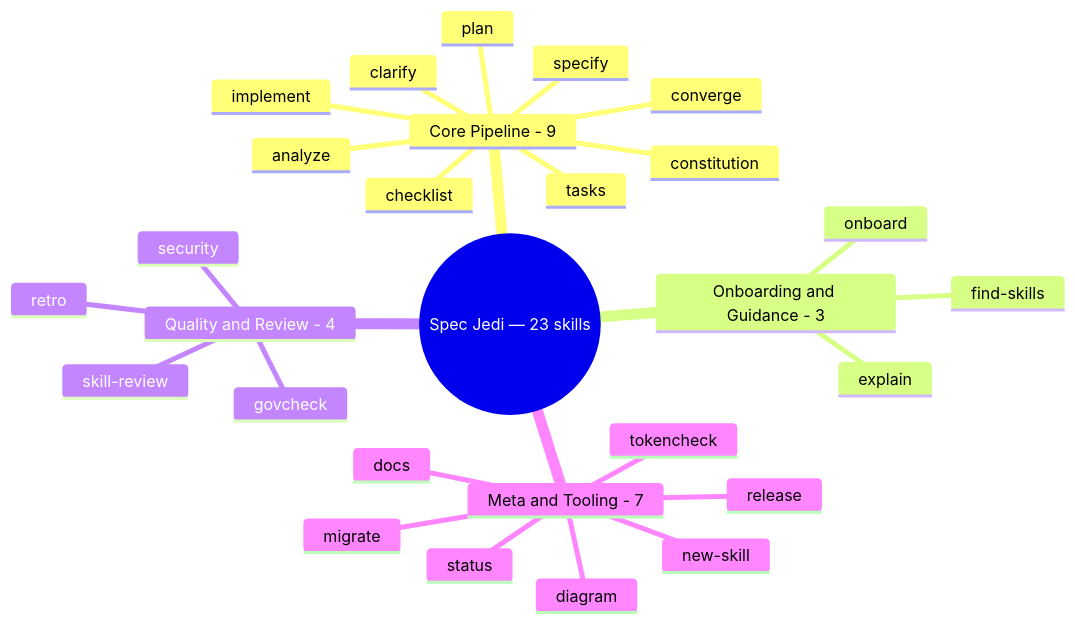
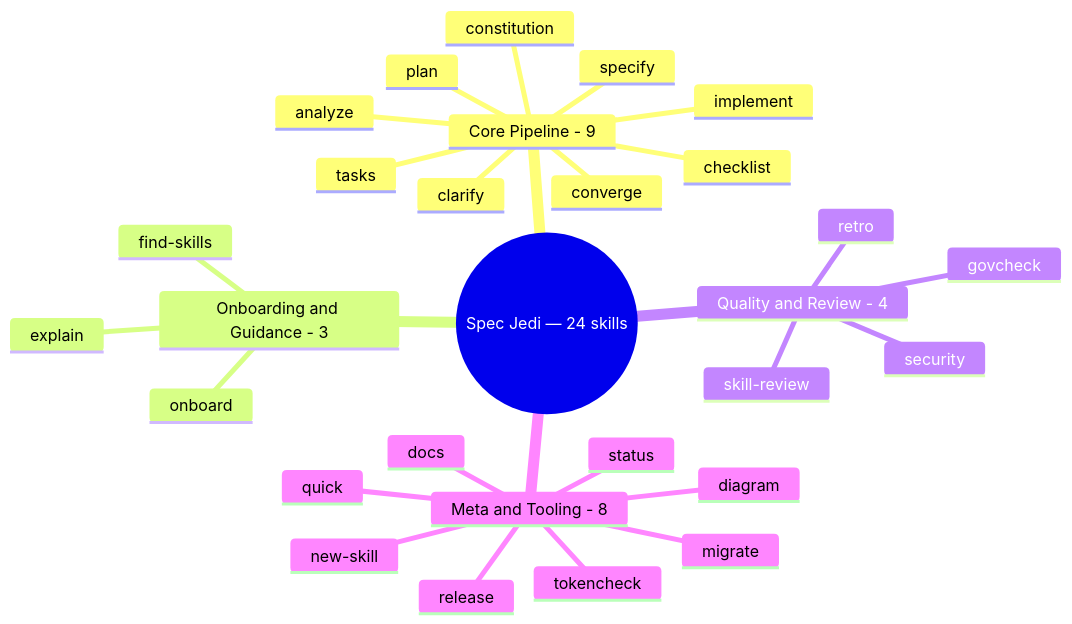
One commit to jonyfs/spec-jedi changed the second of 6 diagrams in README.md. Above: the diagram before and after it, drawn with Mermaid. The commit also changed other lines of this file and 12 other files, not shown here.

````diff
--- a/README.md
+++ b/README.md
@@ -75,31 +75,32 @@
 ```mermaid
 mindmap
-  root(("Spec Jedi — 23 skills"))
+  root(("Spec Jedi — 24 skills"))
     Core Pipeline - 9
       constitution
       specify
       clarify
       plan
       tasks
       implement
       analyze
       checklist
       converge
     Onboarding and Guidance - 3
       onboard
       explain
       find-skills
     Quality and Review - 4
       security
       skill-review
       govcheck
       retro
-    Meta and Tooling - 7
+    Meta and Tooling - 8
+      quick
       diagram
       status
       docs
       migrate
       new-skill
       release
       tokencheck
 ```
````
